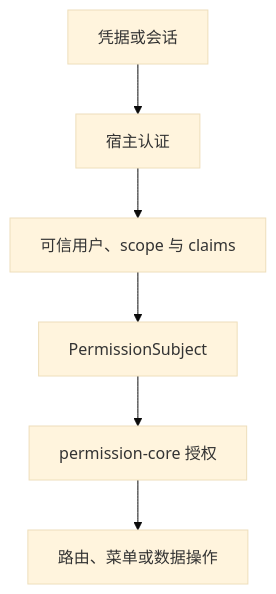
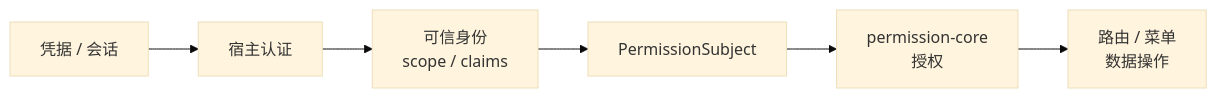
The diagram in website/docs/zh/guide/authentication-boundary.md (vextjs/permission-core), drawn with Mermaid (base theme) before and after one commit. The commit also changed 1 other file, not shown here.

Commit message:
docs: compact authentication boundary diagram

````diff
--- a/website/docs/zh/guide/authentication-boundary.md
+++ b/website/docs/zh/guide/authentication-boundary.md
@@ -7,10 +7,10 @@
 ```mermaid
-flowchart TD
+flowchart LR
   accTitle: 认证与授权边界
   accDescr: 宿主先认证凭据并提供可信身份、范围和声明，再由 permission-core 授权路由、菜单或数据操作。
-  A["凭据或会话"] --> B["宿主认证"]
-  B --> C["可信用户、scope 与 claims"]
+  A["凭据 / 会话"] --> B["宿主认证"]
+  B --> C["可信身份<br/>scope / claims"]
   C --> D["PermissionSubject"]
-  D --> E["permission-core 授权"]
-  E --> F["路由、菜单或数据操作"]
+  D --> E["permission-core<br/>授权"]
+  E --> F["路由 / 菜单<br/>数据操作"]
 ```
````
